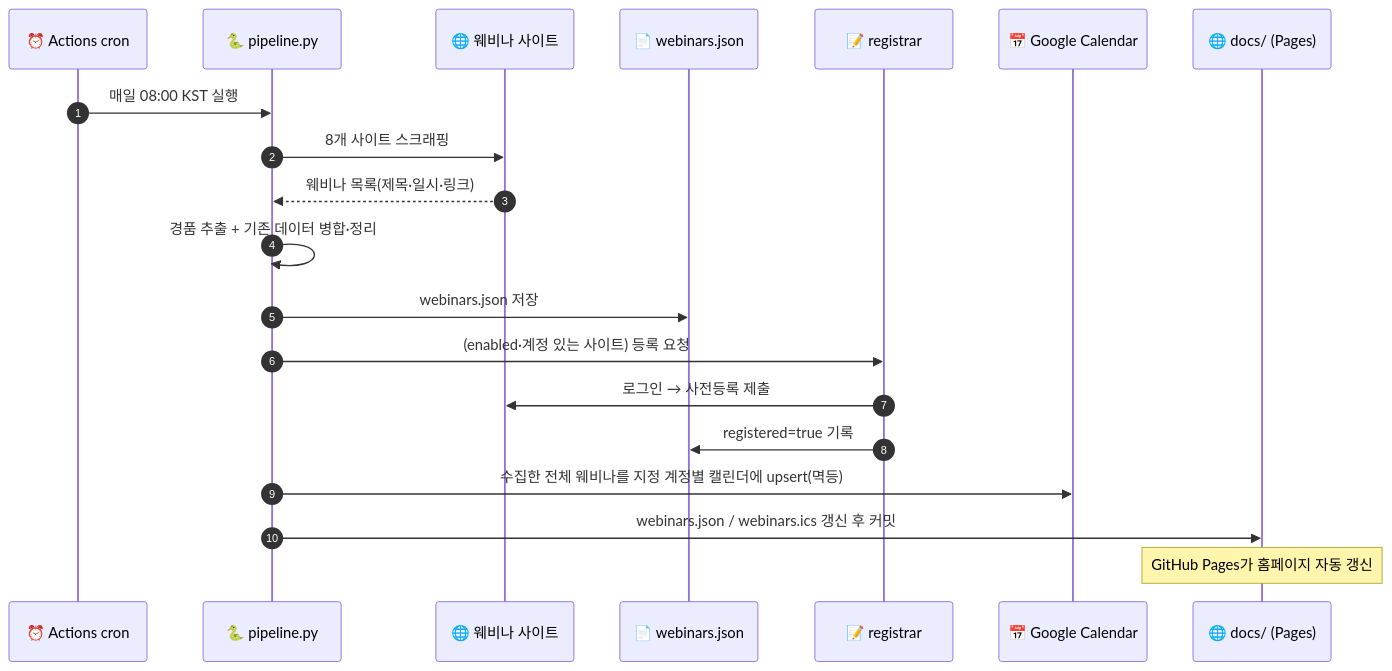
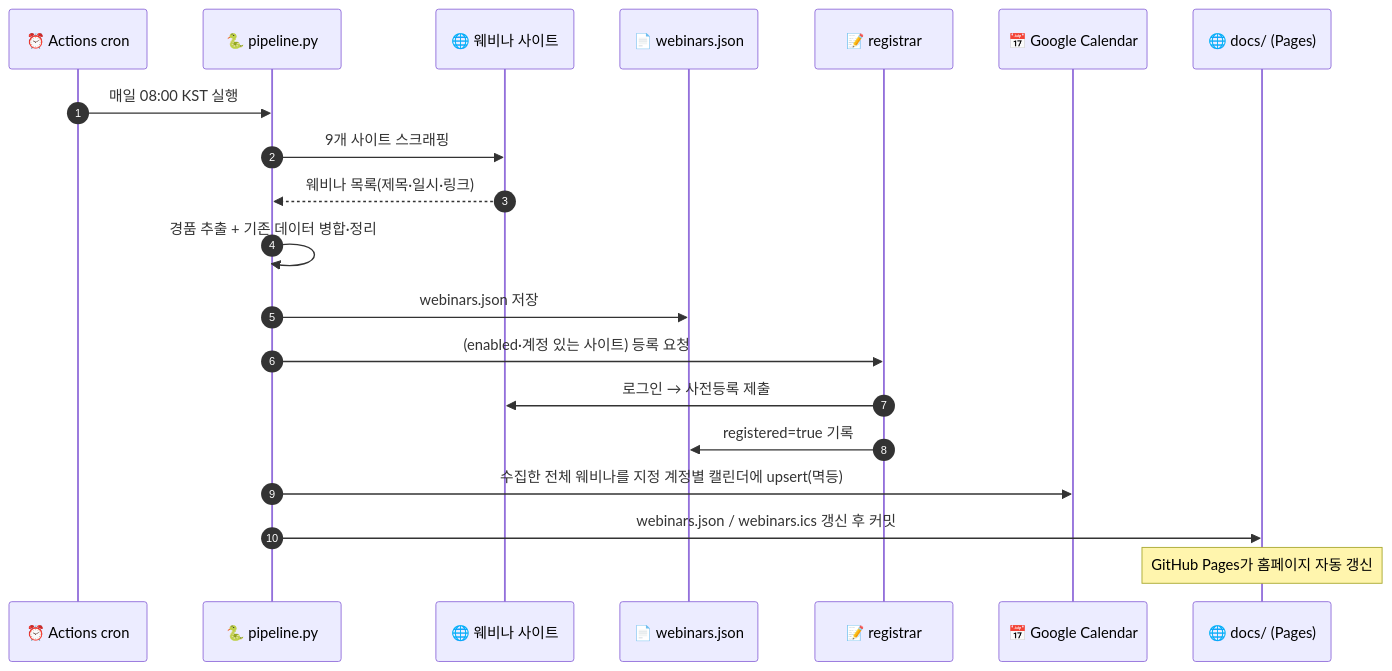
One commit to leemgs/webinar changed the second of 2 diagrams in README.md. Above: the diagram before and after it, drawn with Mermaid. The commit also changed other lines of this file and 11 other files, not shown here.

````diff
--- a/README.md
+++ b/README.md
@@ -93,23 +94,23 @@
 ```mermaid
 sequenceDiagram
     autonumber
     participant CR as ⏰ Actions cron
     participant PP as 🐍 pipeline.py
     participant ST as 🌐 웨비나 사이트
     participant DB as 📄 webinars.json
     participant RG as 📝 registrar
     participant GC as 📅 Google Calendar
     participant PG as 🌐 docs/ (Pages)
 
     CR->>PP: 매일 08:00 KST 실행
-    PP->>ST: 8개 사이트 스크래핑
+    PP->>ST: 9개 사이트 스크래핑
     ST-->>PP: 웨비나 목록(제목·일시·링크)
     PP->>PP: 경품 추출 + 기존 데이터 병합·정리
     PP->>DB: webinars.json 저장
     PP->>RG: (enabled·계정 있는 사이트) 등록 요청
     RG->>ST: 로그인 → 사전등록 제출
     RG->>DB: registered=true 기록
     PP->>GC: 수집한 전체 웨비나를 지정 계정별 캘린더에 upsert(멱등)
     PP->>PG: webinars.json / webinars.ics 갱신 후 커밋
     Note over PG: GitHub Pages가 홈페이지 자동 갱신
 ```
````
